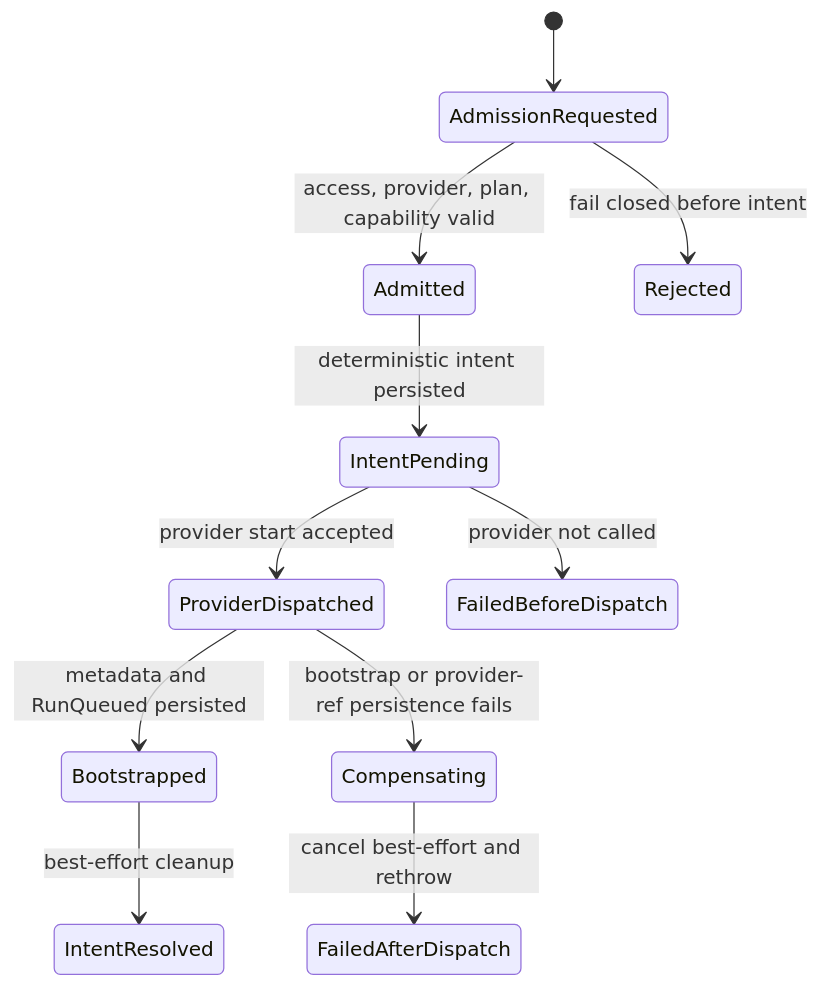
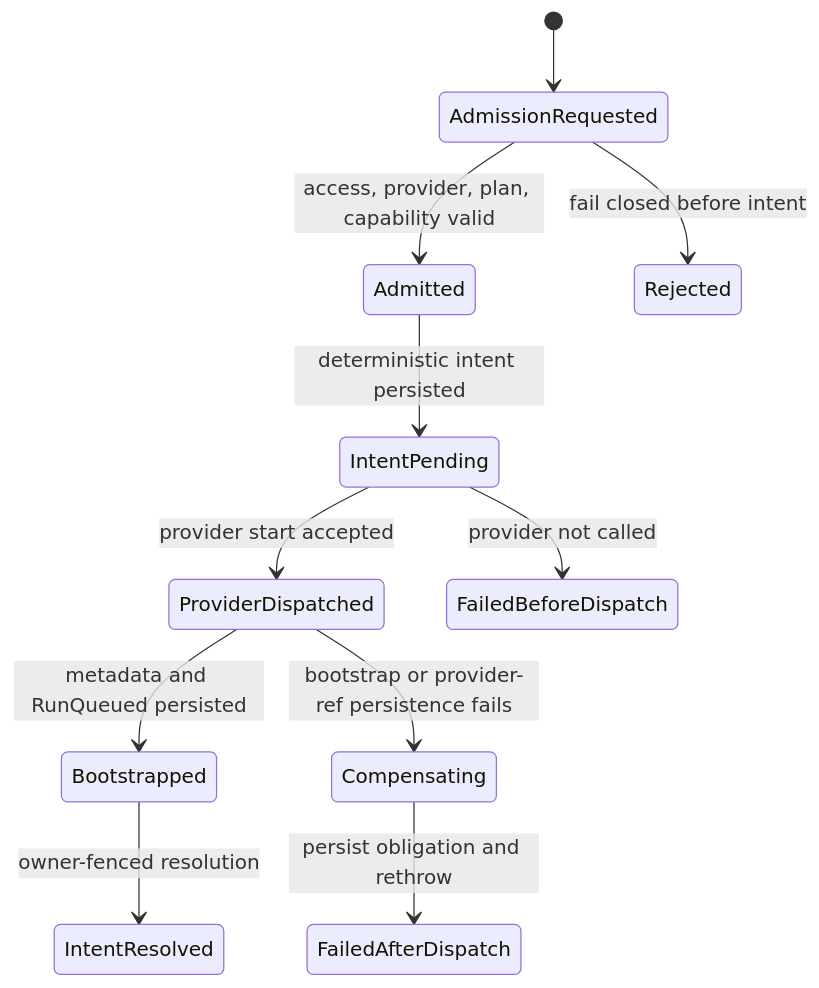
The fourth of 4 diagrams in docs/architecture/components/engine/architecture/start-run-application-decomposition-diagrams.md (dunay2/dvt), drawn with Mermaid before and after one commit. The commit also changed other lines of this file and 106 other files, not shown here.

````diff
--- a/docs/architecture/components/engine/architecture/start-run-application-decomposition-diagrams.md
+++ b/docs/architecture/components/engine/architecture/start-run-application-decomposition-diagrams.md
@@ -105,13 +112,13 @@
 ```mermaid
 stateDiagram-v2
   [*] --> AdmissionRequested
   AdmissionRequested --> Admitted: access, provider, plan, capability valid
   AdmissionRequested --> Rejected: fail closed before intent
   Admitted --> IntentPending: deterministic intent persisted
   IntentPending --> ProviderDispatched: provider start accepted
   ProviderDispatched --> Bootstrapped: metadata and RunQueued persisted
-  Bootstrapped --> IntentResolved: best-effort cleanup
+  Bootstrapped --> IntentResolved: owner-fenced resolution
   IntentPending --> FailedBeforeDispatch: provider not called
   ProviderDispatched --> Compensating: bootstrap or provider-ref persistence fails
-  Compensating --> FailedAfterDispatch: cancel best-effort and rethrow
+  Compensating --> FailedAfterDispatch: persist obligation and rethrow
 ```
````
